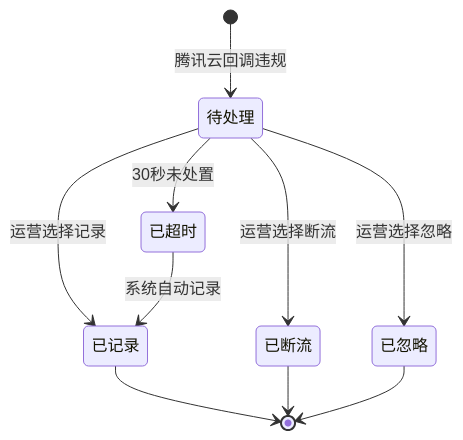
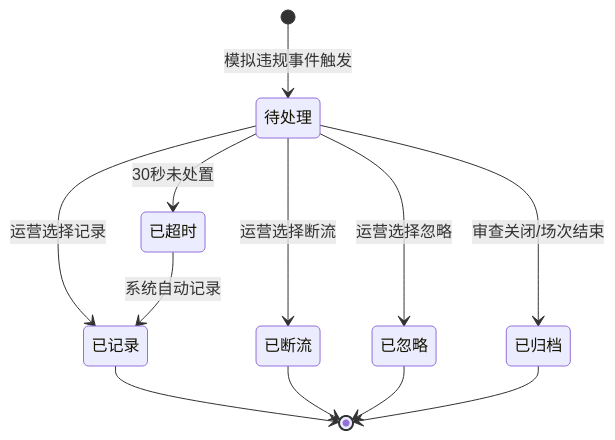
The third of 5 diagrams in projects/SAAS/docs/01-requirements/16-内容审查域-PRD-v1.0.0.md (Stone1202/SAAS-APP), drawn with Mermaid before and after one commit. The commit also changed other lines of this file and 63 other files, not shown here.

````diff
--- a/projects/SAAS/docs/01-requirements/16-内容审查域-PRD-v1.0.0.md
+++ b/projects/SAAS/docs/01-requirements/16-内容审查域-PRD-v1.0.0.md
@@ -232,12 +242,14 @@
 ```mermaid
 stateDiagram-v2
-    [*] --> 待处理: 腾讯云回调违规
+    [*] --> 待处理: 模拟违规事件触发
     待处理 --> 已记录: 运营选择记录
     待处理 --> 已断流: 运营选择断流
     待处理 --> 已忽略: 运营选择忽略
     待处理 --> 已超时: 30秒未处置
+    待处理 --> 已归档: 审查关闭/场次结束
     已超时 --> 已记录: 系统自动记录
     已记录 --> [*]
     已断流 --> [*]
     已忽略 --> [*]
+    已归档 --> [*]
 ```
````
